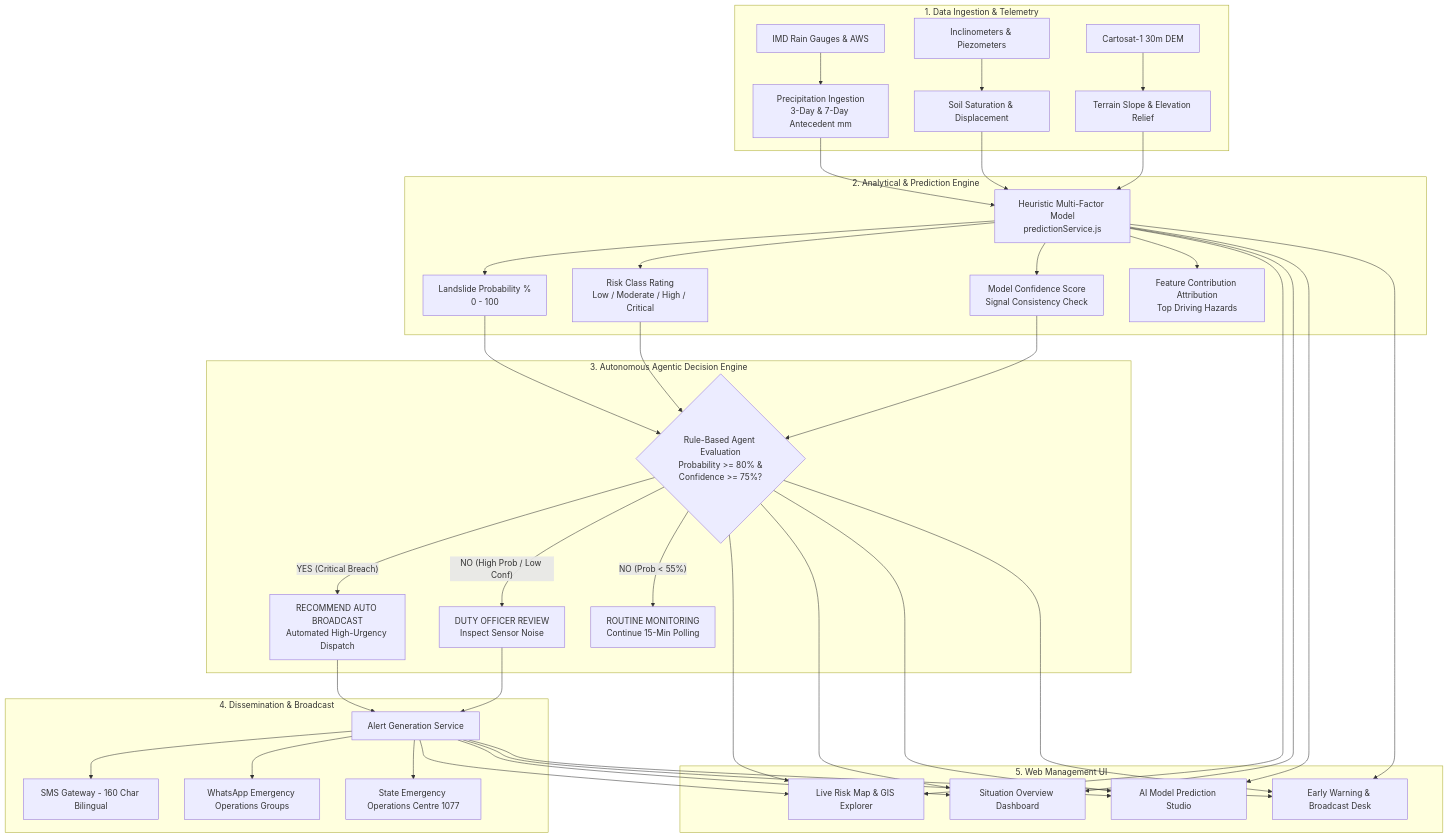
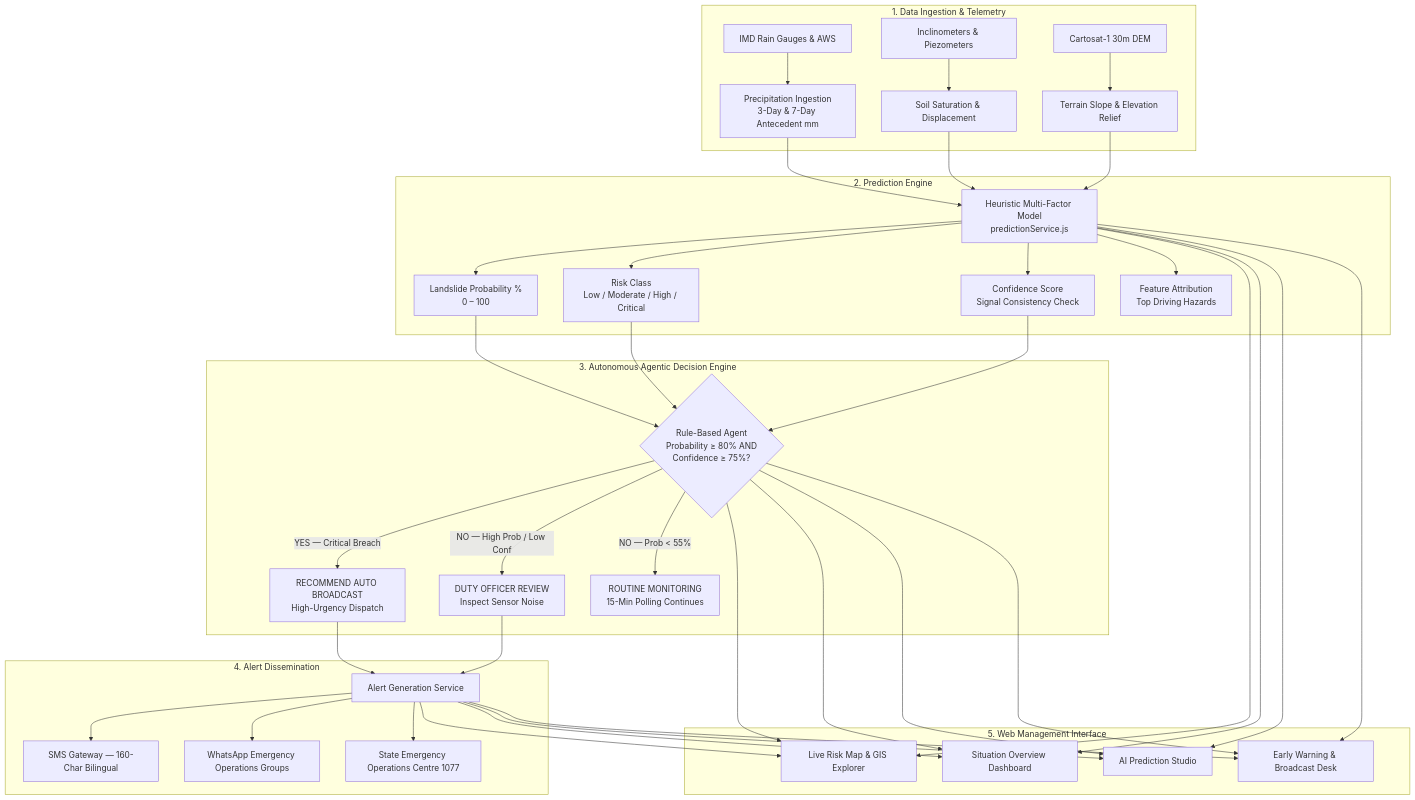
The diagram in README.md (pandeeswaran-08/LEWAS-), drawn with Mermaid before and after one commit. The commit also changed other lines of this file, not shown here.

````diff
--- a/README.md
+++ b/README.md
@@ -80,37 +84,37 @@
 ```mermaid
 flowchart TD
     subgraph S1["1. Data Ingestion & Telemetry"]
         A1[IMD Rain Gauges & AWS] --> B[Precipitation Ingestion<br/>3-Day & 7-Day Antecedent mm]
         A2[Inclinometers & Piezometers] --> C[Soil Saturation & Displacement]
         A3[Cartosat-1 30m DEM] --> D[Terrain Slope & Elevation Relief]
     end
 
-    subgraph S2["2. Analytical & Prediction Engine"]
+    subgraph S2["2. Prediction Engine"]
         B & C & D --> E[Heuristic Multi-Factor Model<br/>predictionService.js]
-        E --> F[Landslide Probability %<br/>0 - 100]
-        E --> G[Risk Class Rating<br/>Low / Moderate / High / Critical]
-        E --> H[Model Confidence Score<br/>Signal Consistency Check]
-        E --> I[Feature Contribution Attribution<br/>Top Driving Hazards]
+        E --> F[Landslide Probability %<br/>0 – 100]
+        E --> G[Risk Class<br/>Low / Moderate / High / Critical]
+        E --> H[Confidence Score<br/>Signal Consistency Check]
+        E --> I[Feature Attribution<br/>Top Driving Hazards]
     end
 
     subgraph S3["3. Autonomous Agentic Decision Engine"]
-        F & G & H --> J{Rule-Based Agent Evaluation<br/>Probability >= 80% &<br/>Confidence >= 75%?}
-        J -- "YES (Critical Breach)" --> K[RECOMMEND AUTO BROADCAST<br/>Automated High-Urgency Dispatch]
-        J -- "NO (High Prob / Low Conf)" --> L[DUTY OFFICER REVIEW<br/>Inspect Sensor Noise]
-        J -- "NO (Prob < 55%)" --> M[ROUTINE MONITORING<br/>Continue 15-Min Polling]
+        F & G & H --> J{Rule-Based Agent<br/>Probability ≥ 80% AND<br/>Confidence ≥ 75%?}
+        J -- "YES — Critical Breach" --> K[RECOMMEND AUTO BROADCAST<br/>High-Urgency Dispatch]
+        J -- "NO — High Prob / Low Conf" --> L[DUTY OFFICER REVIEW<br/>Inspect Sensor Noise]
+        J -- "NO — Prob < 55%" --> M[ROUTINE MONITORING<br/>15-Min Polling Continues]
     end
 
-    subgraph S4["4. Dissemination & Broadcast"]
+    subgraph S4["4. Alert Dissemination"]
         K & L --> N[Alert Generation Service]
-        N --> O1[SMS Gateway - 160 Char Bilingual]
+        N --> O1[SMS Gateway — 160-Char Bilingual]
         N --> O2[WhatsApp Emergency Operations Groups]
         N --> O3[State Emergency Operations Centre 1077]
     end
 
-    subgraph S5["5. Web Management UI"]
+    subgraph S5["5. Web Management Interface"]
         E & J & N --> P1[Live Risk Map & GIS Explorer]
         E & J & N --> P2[Situation Overview Dashboard]
-        E & J & N --> P3[AI Model Prediction Studio]
+        E & J & N --> P3[AI Prediction Studio]
         E & J & N --> P4[Early Warning & Broadcast Desk]
     end
 ```
````
